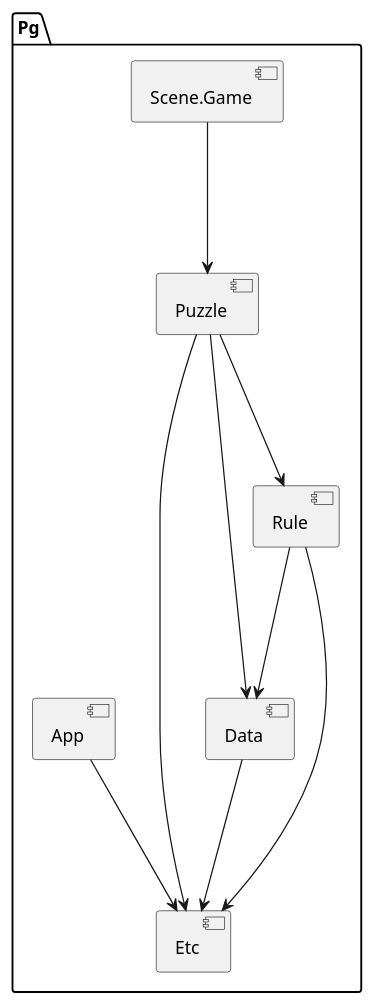
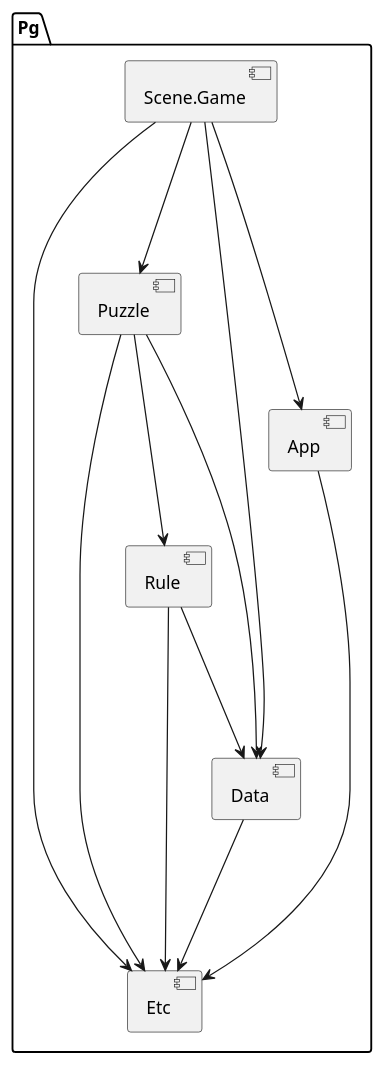
The diagram in Documents/module.puml (kuniyoshi/Pg), drawn with PlantUML before and after one commit. The commit also changed 16 other files, not shown here.

```diff
--- a/Documents/module.puml
+++ b/Documents/module.puml
@@ -1,20 +1,23 @@
 @startuml
 
 package "Pg" {
     [Etc]
     [Data]
     [Rule]
     [Puzzle]
     [Scene.Game]
     [App]
     Data ---> Etc
     Rule ---> Etc
     Rule ---> Data
     Puzzle ---> Etc
     Puzzle ---> Data
     Puzzle ---> Rule
+    Scene.Game ---> Etc
+    Scene.Game ---> Data
     Scene.Game ---> Puzzle
+    Scene.Game ---> App
     App ---> Etc
 }
 
 @enduml
```
